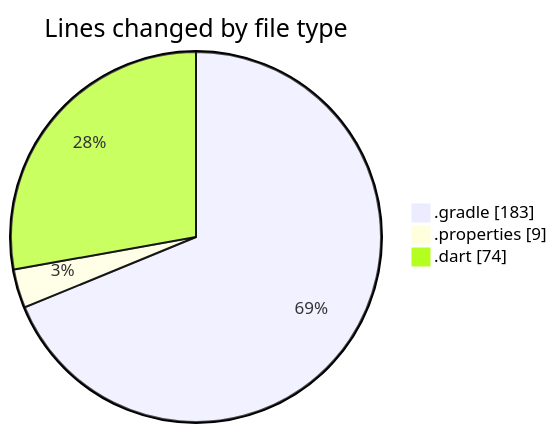
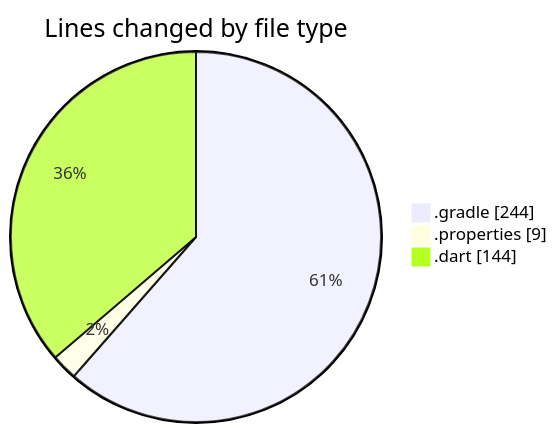
The first of 2 diagrams in 2025-02-16/trackers_app/README.md (donsfak/code-tracking), drawn with Mermaid before and after one commit. The commit also changed other lines of this file and 1 other file, not shown here.

````diff
--- a/2025-02-16/trackers_app/README.md
+++ b/2025-02-16/trackers_app/README.md
@@ -23,7 +23,7 @@
 ```mermaid
 pie showData
 title Lines changed by file type
-".gradle" : 183
+".gradle" : 244
 ".properties" : 9
-".dart" : 74
+".dart" : 144
 ```
````
